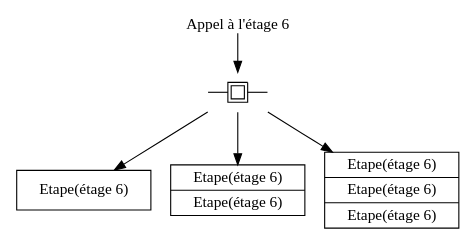
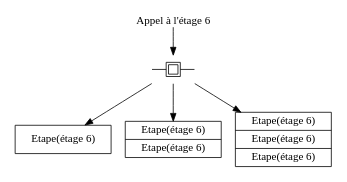
The diagram in elevator-tt/dot/c.dot (xvw/talks), drawn with Graphviz before and after one commit. The commit also changed 3 other files, not shown here.

```diff
--- a/elevator-tt/dot/c.dot
+++ b/elevator-tt/dot/c.dot
@@ -1,16 +1,16 @@
 digraph G {
-        size="4,2"
-        ratio="compress";
+        size="3,1.4"
+        // ratio="compress";
         bgcolor="#ffffff00"
 
         node[shape=record];
         A[label="Appel à l'étage 6", shape=plain];
         AA[shape=insulator, label=""]
         B[label="{Etape(étage 6)}"];
         C[label="{Etape(étage 6) | Etape(étage 6)}"];
         D[label="{Etape(étage 6) | Etape(étage 6) | Etape(étage 6)}"];
         A -> AA [penwidth = 1];
         AA -> B [penwidth = 1];
         AA -> C [penwidth = 1];
         AA -> D [penwidth = 1];
 }
```
